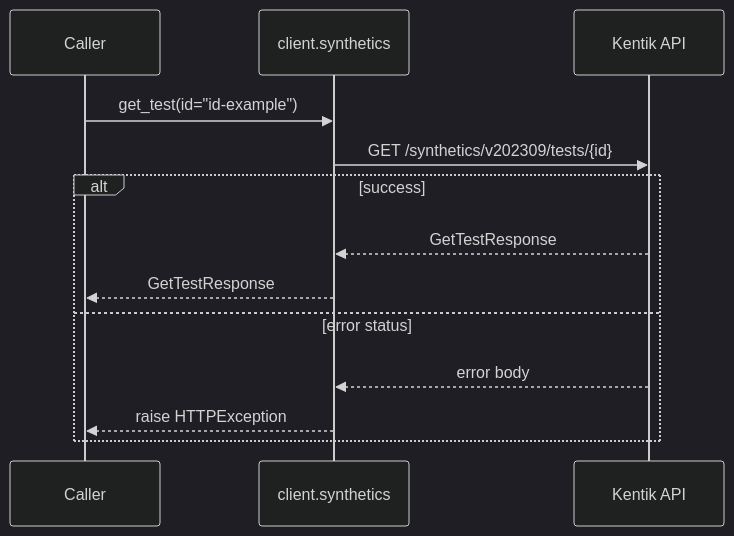
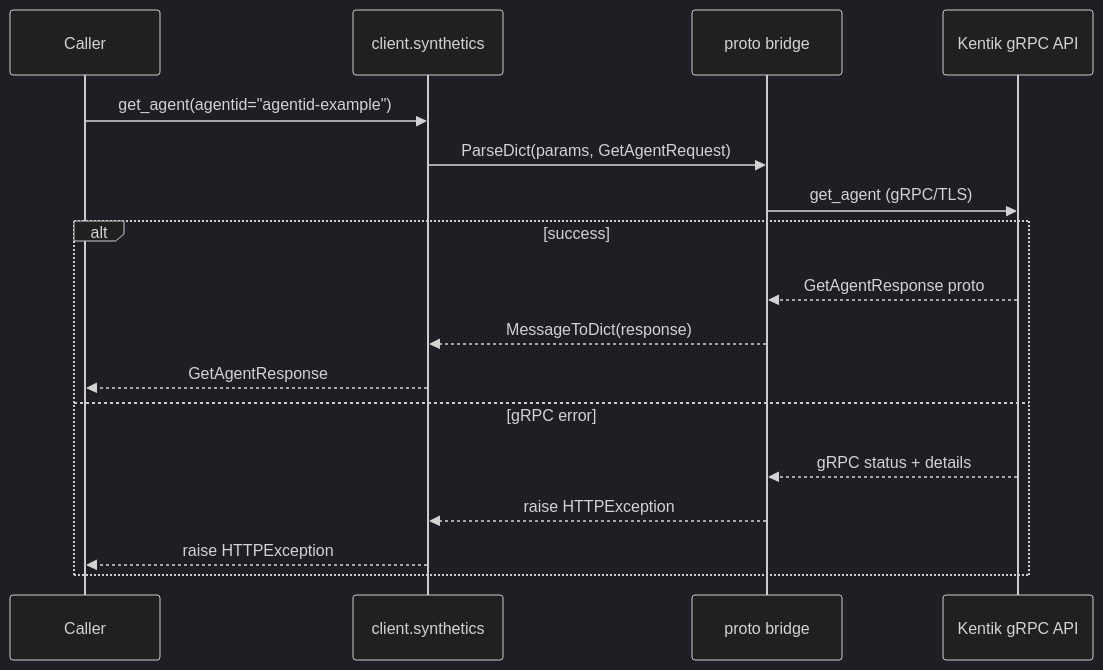
Diagram 15 of 38 in docs/sphinx/services/synthetics.md (alexdearaujo/community_sdk_python), drawn with Mermaid (dark theme) before and after one commit. The commit also changed other lines of this file and 61 other files, not shown here.

````diff
--- a/docs/sphinx/services/synthetics.md
+++ b/docs/sphinx/services/synthetics.md
@@ -571,16 +498,20 @@
 ```mermaid
 sequenceDiagram
     participant C as Caller
     participant W as client.synthetics
-    participant API as Kentik API
+    participant B as proto bridge
+    participant API as Kentik gRPC API
 
-    C->>W: get_test(id="id-example")
-    W->>API: GET /synthetics/v202309/tests/{id}
+    C->>W: get_agent(agentid="agentid-example")
+    W->>B: ParseDict(params, GetAgentRequest)
+    B->>API: get_agent (gRPC/TLS)
     alt success
-        API-->>W: GetTestResponse
-        W-->>C: GetTestResponse
-    else error status
-        API-->>W: error body
+        API-->>B: GetAgentResponse proto
+        B-->>W: MessageToDict(response)
+        W-->>C: GetAgentResponse
+    else gRPC error
+        API-->>B: gRPC status + details
+        B-->>W: raise HTTPException
         W-->>C: raise HTTPException
     end
 ```
````
